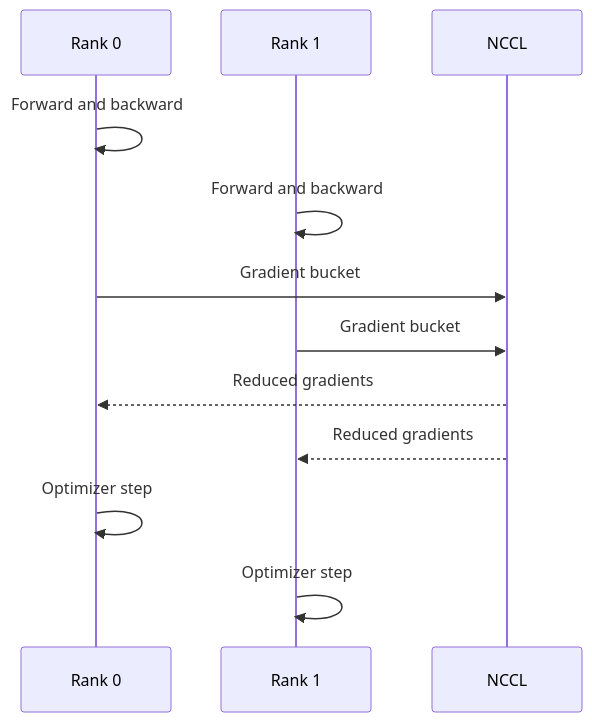
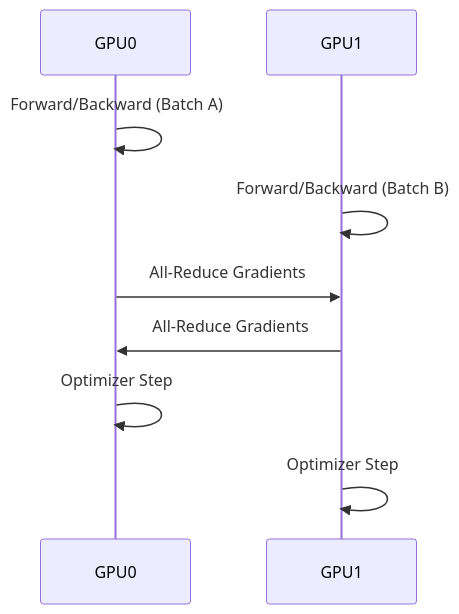
Before and after one commit to jithinpnjm/nvidia-devops: the first of 7 diagrams in docs/nvidia-zero-to-hero/volume-13/chapter-03-data-parallelism-and-ddp.md, drawn with Mermaid. The commit also changed other lines of this file and 3 other files, not shown here.

````diff
--- a/docs/nvidia-zero-to-hero/volume-13/chapter-03-data-parallelism-and-ddp.md
+++ b/docs/nvidia-zero-to-hero/volume-13/chapter-03-data-parallelism-and-ddp.md
@@ -14,14 +39,11 @@
 ```mermaid
 sequenceDiagram
-    participant R0 as Rank 0
-    participant R1 as Rank 1
-    participant N as NCCL
-    R0->>R0: Forward and backward
-    R1->>R1: Forward and backward
-    R0->>N: Gradient bucket
-    R1->>N: Gradient bucket
-    N-->>R0: Reduced gradients
-    N-->>R1: Reduced gradients
-    R0->>R0: Optimizer step
-    R1->>R1: Optimizer step
+    participant GPU0
+    participant GPU1
+    GPU0->>GPU0: Forward/Backward (Batch A)
+    GPU1->>GPU1: Forward/Backward (Batch B)
+    GPU0->>GPU1: All-Reduce Gradients
+    GPU1->>GPU0: All-Reduce Gradients
+    GPU0->>GPU0: Optimizer Step
+    GPU1->>GPU1: Optimizer Step
 ```
````
